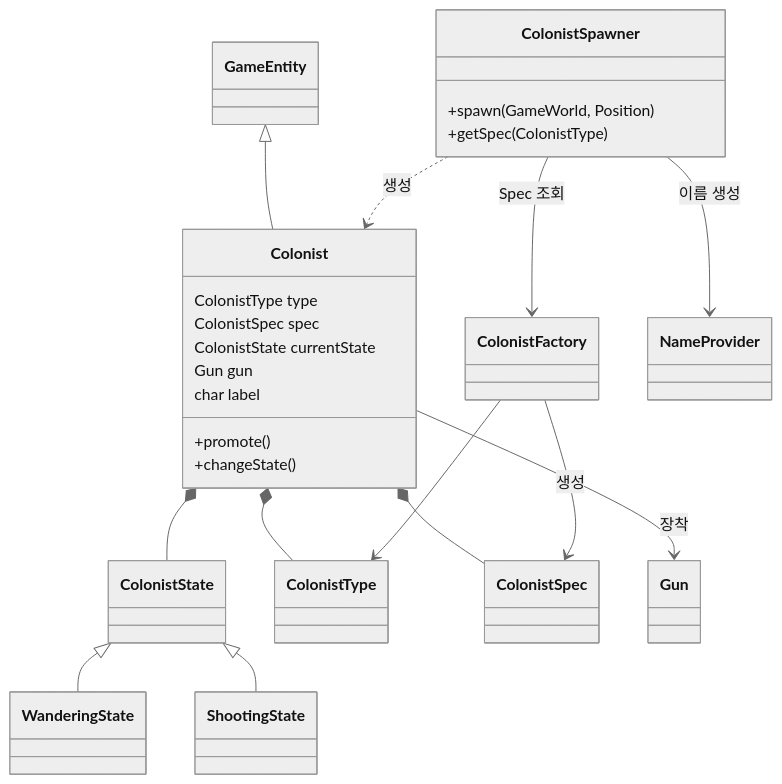
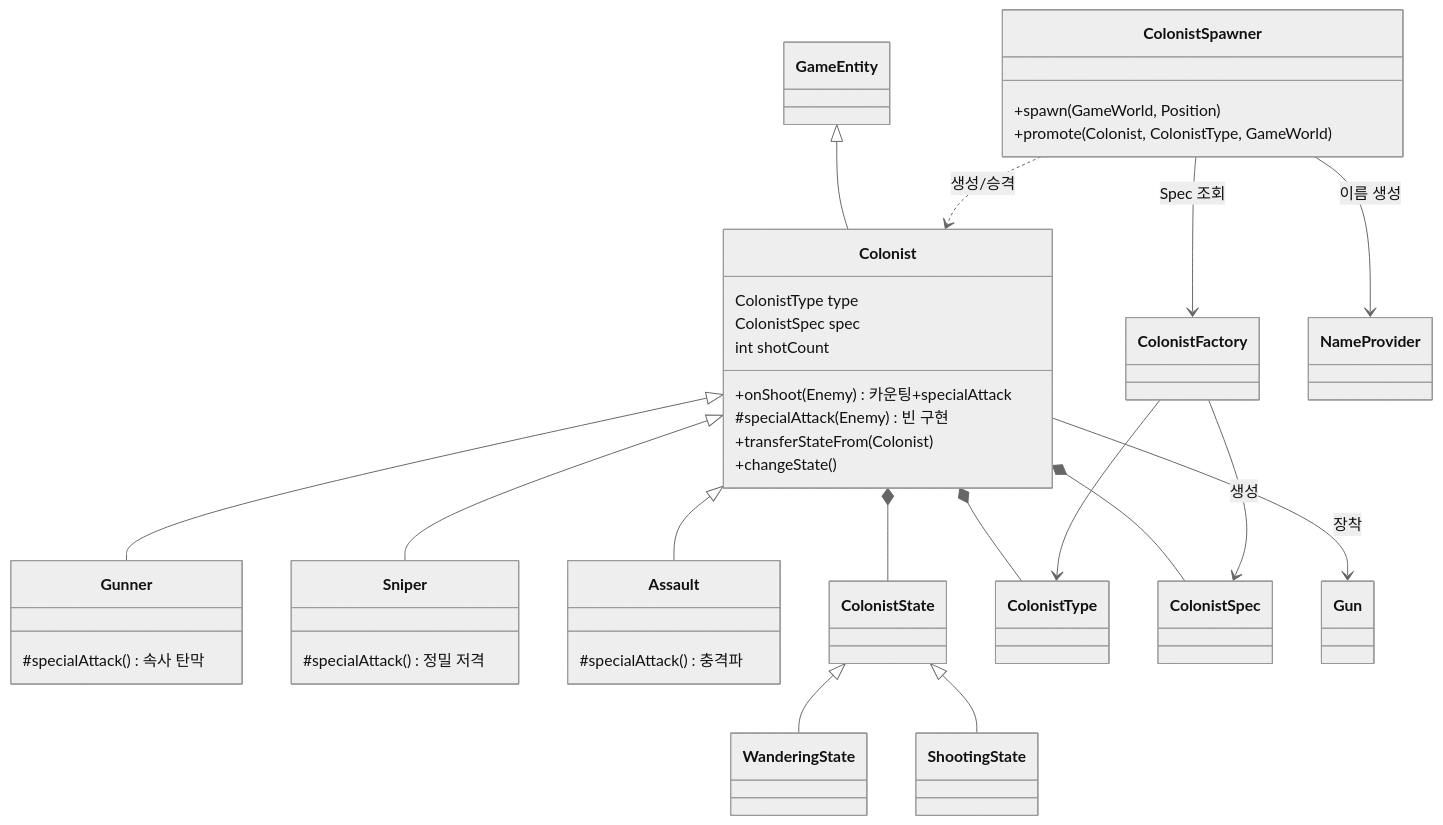
The third of 12 diagrams in week6/CLAUDE.md (weweweme/teamnova_basic_class), drawn with Mermaid (neutral theme) before and after one commit. The commit also changed other lines of this file, not shown here.

Commit message:
docs: CLAUDE.md에 Colonist 서브클래스 및 전투 특수공격 반영

````diff
--- a/week6/CLAUDE.md
+++ b/week6/CLAUDE.md
@@ -172,32 +178,44 @@
 ```mermaid
 classDiagram
     GameEntity <|-- Colonist
+    Colonist <|-- Gunner
+    Colonist <|-- Sniper
+    Colonist <|-- Assault
     ColonistState <|-- WanderingState
     ColonistState <|-- ShootingState
 
     Colonist *-- ColonistType
     Colonist *-- ColonistSpec
     Colonist *-- ColonistState
     Colonist --> Gun : 장착
 
     ColonistFactory --> ColonistType
     ColonistFactory --> ColonistSpec : 생성
 
     ColonistSpawner --> ColonistFactory : Spec 조회
     ColonistSpawner --> NameProvider : 이름 생성
-    ColonistSpawner ..> Colonist : 생성
+    ColonistSpawner ..> Colonist : 생성/승격
 
     class Colonist {
         ColonistType type
         ColonistSpec spec
-        ColonistState currentState
-        Gun gun
-        char label
-        +promote()
+        int shotCount
+        +onShoot(Enemy) 카운팅+specialAttack
+        #specialAttack(Enemy) 빈 구현
+        +transferStateFrom(Colonist)
         +changeState()
+    }
+    class Gunner {
+        #specialAttack() 속사 탄막
+    }
+    class Sniper {
+        #specialAttack() 정밀 저격
+    }
+    class Assault {
+        #specialAttack() 충격파
     }
     class ColonistSpawner {
         +spawn(GameWorld, Position)
-        +getSpec(ColonistType)
+        +promote(Colonist, ColonistType, GameWorld)
     }
 ```
````
